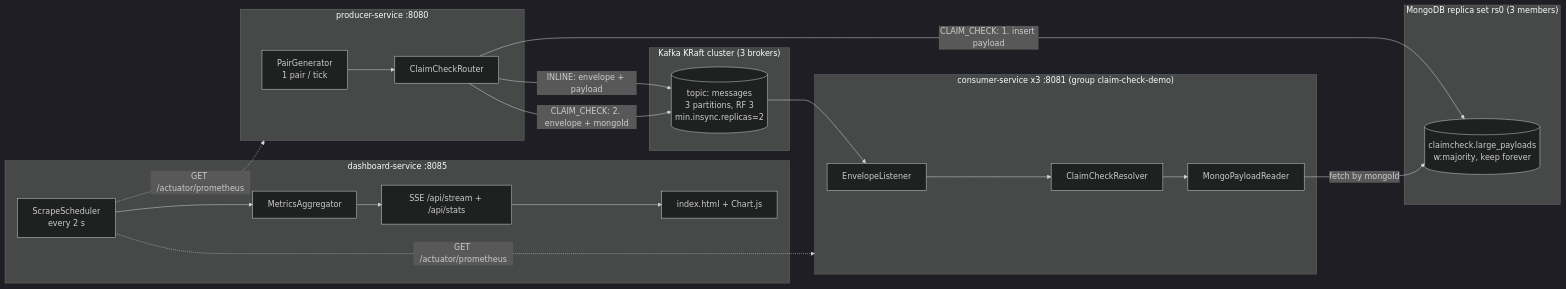
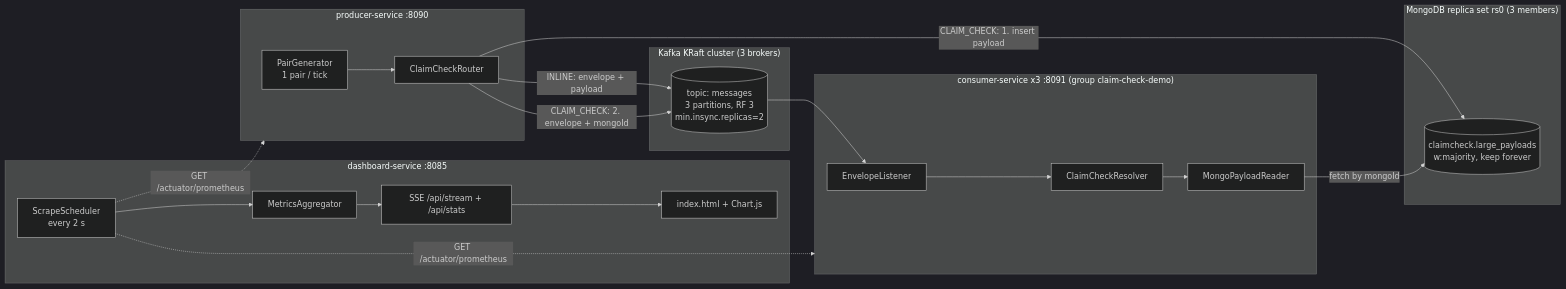
One commit to buildtolast/KafkaMessagePersistenceLatencyChecker changed the diagram in README.md. Above: the diagram before and after it, drawn with Mermaid (dark theme). The commit also changed other lines of this file and 13 other files, not shown here.

````diff
--- a/README.md
+++ b/README.md
@@ -27,34 +27,34 @@
 ```mermaid
 flowchart LR
-    subgraph producer["producer-service :8080"]
+    subgraph producer["producer-service :8090"]
         PG[PairGenerator<br/>1 pair / tick] --> RT[ClaimCheckRouter]
     end
 
     subgraph kafka["Kafka KRaft cluster (3 brokers)"]
         T[(topic: messages<br/>3 partitions, RF 3<br/>min.insync.replicas=2)]
     end
 
     subgraph mongo["MongoDB replica set rs0 (3 members)"]
         LP[(claimcheck.large_payloads<br/>w:majority, keep forever)]
     end
 
-    subgraph consumers["consumer-service x3 :8081 (group claim-check-demo)"]
+    subgraph consumers["consumer-service x3 :8091 (group claim-check-demo)"]
         L[EnvelopeListener] --> RS[ClaimCheckResolver]
         RS --> MR[MongoPayloadReader]
     end
 
     RT -- "INLINE: envelope + payload" --> T
     RT -- "CLAIM_CHECK: 1. insert payload" --> LP
     RT -- "CLAIM_CHECK: 2. envelope + mongoId" --> T
     T --> L
     MR -- "fetch by mongoId" --> LP
 
     subgraph dashboard["dashboard-service :8085"]
         SC[ScrapeScheduler<br/>every 2 s] --> AG[MetricsAggregator]
         AG --> SSE["SSE /api/stream + /api/stats"]
         SSE --> UI[index.html + Chart.js]
     end
 
     SC -. "GET /actuator/prometheus" .-> producer
     SC -. "GET /actuator/prometheus" .-> consumers
 ```
````
